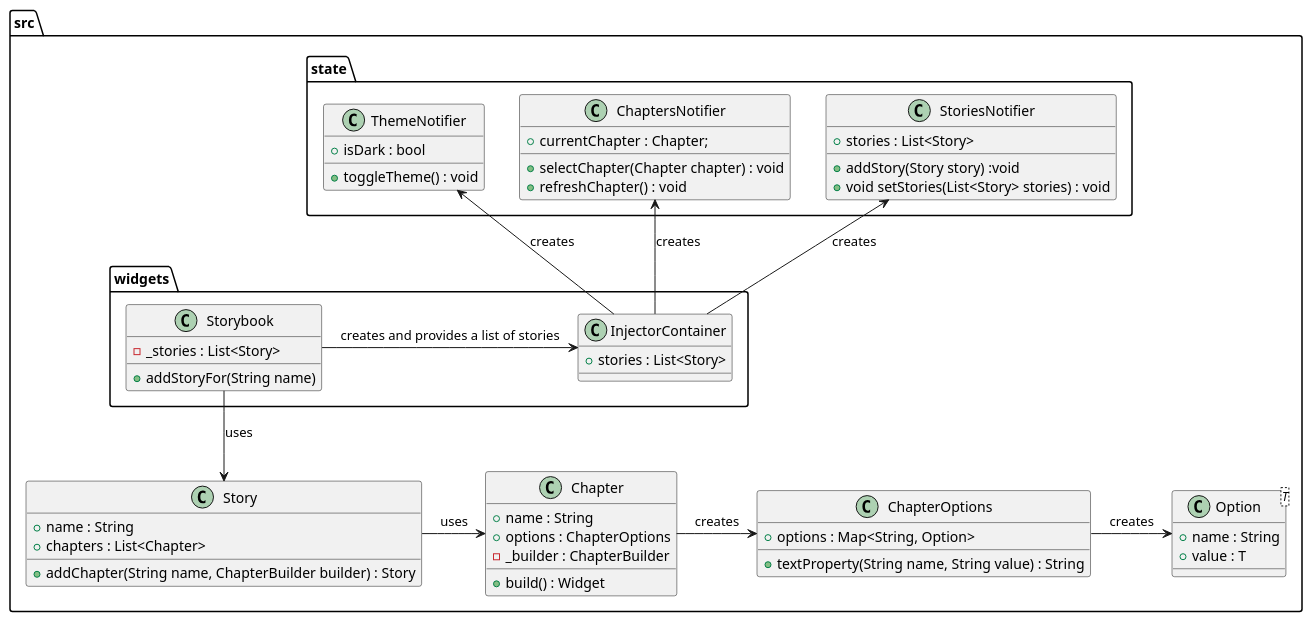
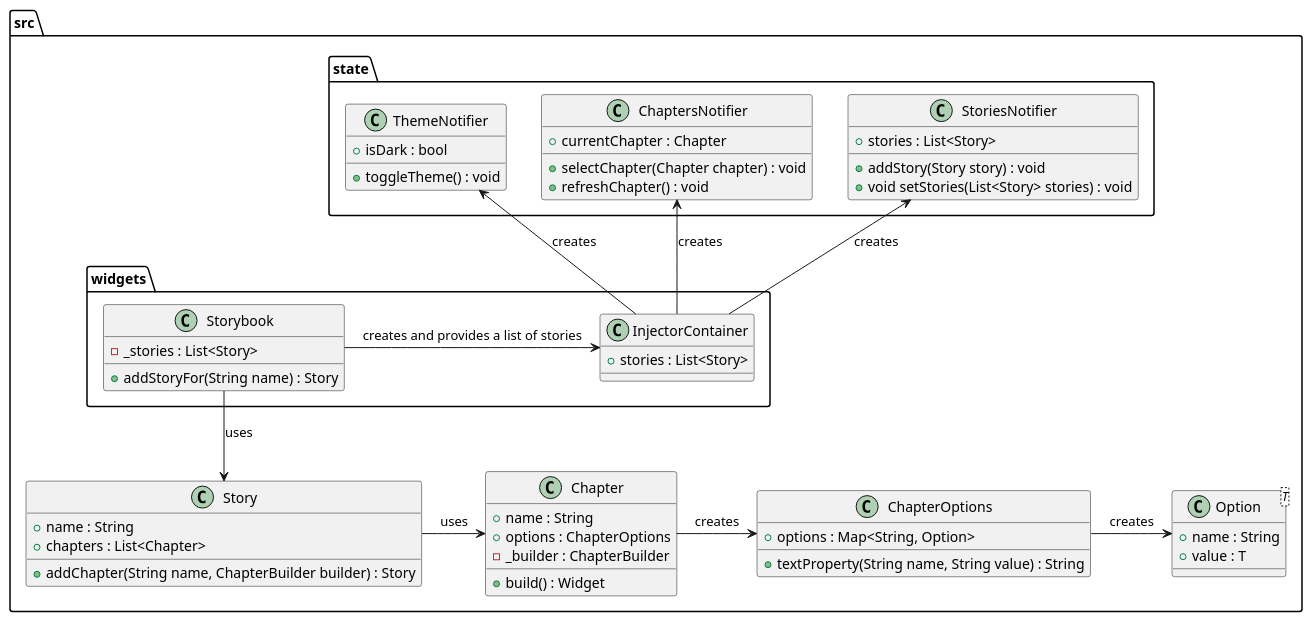
One commit to Flank/flank-dashboard changed the diagram in metrics/web/docs/features/storybook/diagrams/metrics_storybook_class_diagram.puml. Above: the diagram before and after it, drawn with PlantUML. The commit also changed 1 other file, not shown here.

Commit message:
Minor diagrams improvements

```diff
--- a/metrics/web/docs/features/storybook/diagrams/metrics_storybook_class_diagram.puml
+++ b/metrics/web/docs/features/storybook/diagrams/metrics_storybook_class_diagram.puml
@@ -1,65 +1,75 @@
 @startuml metrics_storybook_class_diagram
+
 package src {
     package widgets {
         class Storybook {
             - _stories : List<Story>
-            + addStoryFor(String name)
+
+            + addStoryFor(String name) : Story
         }
 
         class InjectorContainer {
             + stories : List<Story>
         }
 
         ' add theme builder??
     }
 
     package state {
         class StoriesNotifier {
             + stories : List<Story>
-            + addStory(Story story) :void
+
+            + addStory(Story story) : void
             + void setStories(List<Story> stories) : void
         }
+
         class ChaptersNotifier {
-            + currentChapter : Chapter;
+            + currentChapter : Chapter
+
             + selectChapter(Chapter chapter) : void
             + refreshChapter() : void
         }
+
         class ThemeNotifier {
             + isDark : bool
+
             + toggleTheme() : void
         }
     }
 
     class Story {
         + name : String
         + chapters : List<Chapter>
+
         + addChapter(String name, ChapterBuilder builder) : Story
     }
 
     class Chapter {
         + name : String
         + options : ChapterOptions
         - _builder : ChapterBuilder
 
         + build() : Widget
     }
 
     class ChapterOptions {
         + options : Map<String, Option>
         + textProperty(String name, String value) : String
     }
 
     class Option<T> {
         + name : String
         + value : T
     }
+}
 
-    Storybook -> InjectorContainer : creates and provides a list of stories
-    InjectorContainer -up-> StoriesNotifier : creates
-    InjectorContainer -up-> ChaptersNotifier : creates
-    InjectorContainer -up-> ThemeNotifier : creates
-    Storybook -down-> Story : uses
-    Story -right-> Chapter : uses
-    Chapter -right-> ChapterOptions : creates
-    ChapterOptions -> Option : creates
-    @enduml
+Storybook -> InjectorContainer : creates and provides a list of stories
+InjectorContainer -up-> StoriesNotifier : creates
+InjectorContainer -up-> ChaptersNotifier : creates
+InjectorContainer -up-> ThemeNotifier : creates
+Storybook -down-> Story : uses
+Story -right-> Chapter : uses
+Chapter -right-> ChapterOptions : creates
+ChapterOptions -> Option : creates
+
+@enduml
```
